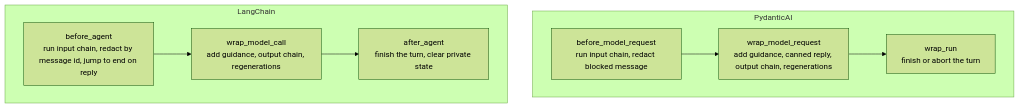
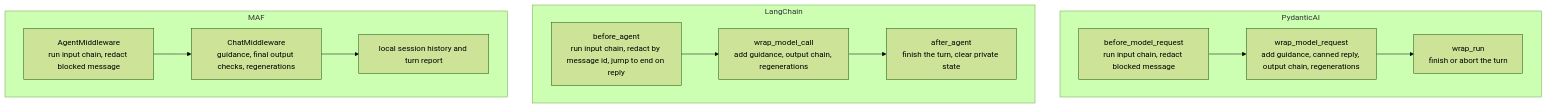
One commit to zazza123/chatomon changed the diagram in docs/public/connectors/index.md. Above: the diagram before and after it, drawn with Mermaid (forest theme). The commit also changed other lines of this file and 10 other files, not shown here.

````diff
--- a/docs/public/connectors/index.md
+++ b/docs/public/connectors/index.md
@@ -29,11 +32,15 @@
 ```mermaid
 flowchart TB
     subgraph PydanticAI
         P1[before_model_request<br/>run input chain, redact blocked message] --> P2[wrap_model_request<br/>add guidance, canned reply, output chain, regenerations]
         P2 --> P3[wrap_run<br/>finish or abort the turn]
     end
     subgraph LangChain
         L1[before_agent<br/>run input chain, redact by message id, jump to end on reply] --> L2[wrap_model_call<br/>add guidance, output chain, regenerations]
         L2 --> L3[after_agent<br/>finish the turn, clear private state]
     end
+    subgraph MAF
+        M1[AgentMiddleware<br/>run input chain, redact blocked message] --> M2[ChatMiddleware<br/>guidance, final output checks, regenerations]
+        M2 --> M3[local session history and turn report]
+    end
 ```
````
